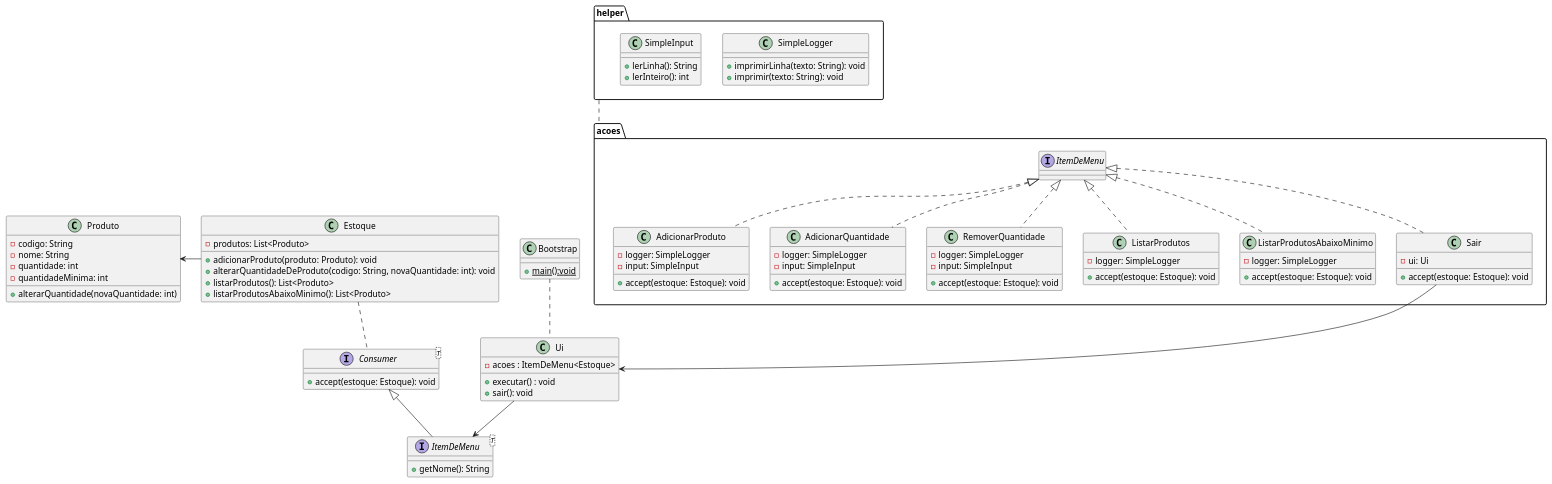
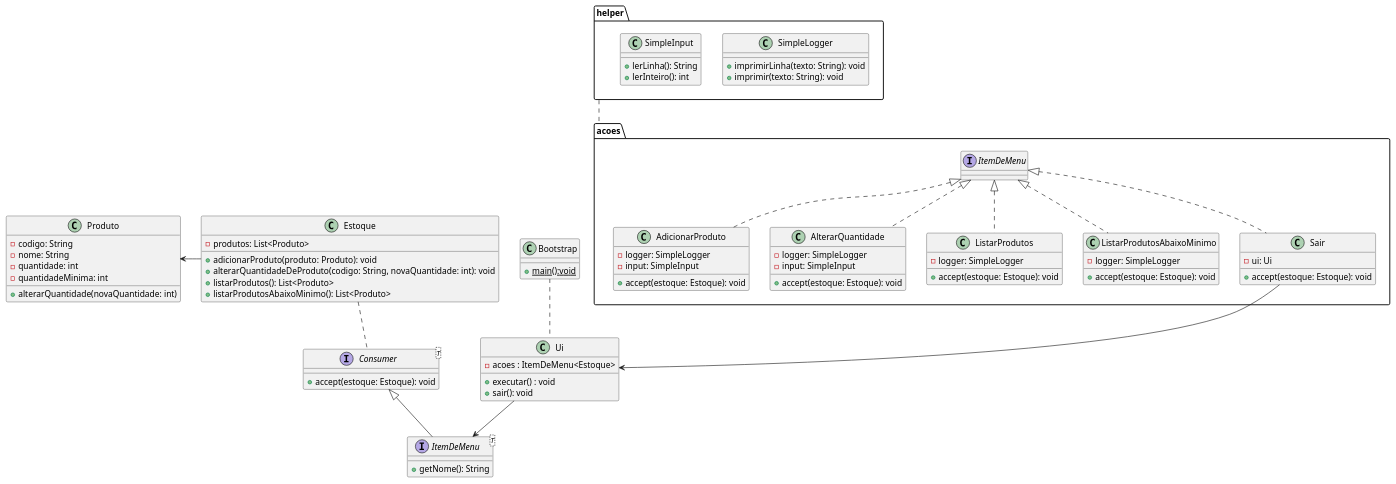
One commit to kibutzzz/estruturas-lineares changed the diagram in src/main/resources/controle-de-estoque.puml. Above: the diagram before and after it, drawn with PlantUML. The commit also changed 5 other files, not shown here.

```diff
--- a/src/main/resources/controle-de-estoque.puml
+++ b/src/main/resources/controle-de-estoque.puml
@@ -1,102 +1,94 @@
 @startuml controle-de-estoque
 
 class Produto {
   - codigo: String
   - nome: String
   - quantidade: int
   - quantidadeMinima: int
 
   + alterarQuantidade(novaQuantidade: int)
 }
 
 class Estoque {
   - produtos: List<Produto>
   + adicionarProduto(produto: Produto): void
   + alterarQuantidadeDeProduto(codigo: String, novaQuantidade: int): void
   + listarProdutos(): List<Produto>
   + listarProdutosAbaixoMinimo(): List<Produto>
 }
 
 interface Consumer<T> {
   + accept(estoque: Estoque): void
 }
 
 interface ItemDeMenu<T> extends Consumer {
   + getNome(): String
 }
 
 package helper {
   class SimpleLogger {
     + imprimirLinha(texto: String): void
     + imprimir(texto: String): void
   }
 
   class SimpleInput {
     + lerLinha(): String
     + lerInteiro(): int
   }
 }
 
 package acoes {
 
   class AdicionarProduto implements ItemDeMenu {
     - logger: SimpleLogger
     - input: SimpleInput
 
     + accept(estoque: Estoque): void
   }
 
-  class AdicionarQuantidade implements ItemDeMenu {
-    - logger: SimpleLogger
-    - input: SimpleInput
-
-    + accept(estoque: Estoque): void
-  }
-
-
-  class RemoverQuantidade implements ItemDeMenu {
+  class AlterarQuantidade implements ItemDeMenu {
     - logger: SimpleLogger
     - input: SimpleInput
 
     + accept(estoque: Estoque): void
   }
 
   class ListarProdutos implements ItemDeMenu {
     - logger: SimpleLogger
 
     + accept(estoque: Estoque): void
   }
   
   class ListarProdutosAbaixoMinimo implements ItemDeMenu {
     - logger: SimpleLogger
 
     + accept(estoque: Estoque): void
   }
 
   class Sair implements ItemDeMenu {
     - ui: Ui
     + accept(estoque: Estoque): void
   }
 
 }
 
 class Ui {
   - acoes : ItemDeMenu<Estoque>
 
   + executar() : void
   + sair(): void
 }
 
 class Bootstrap {
   + {static} main():void
 }
 
 
 Bootstrap .. Ui
 Ui --> ItemDeMenu
 Sair --> Ui
 Consumer .up. Estoque
 acoes .up. helper
 Estoque -left-> Produto
 
 @enduml
```
